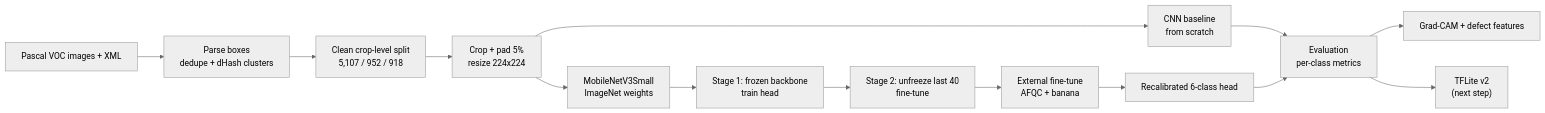
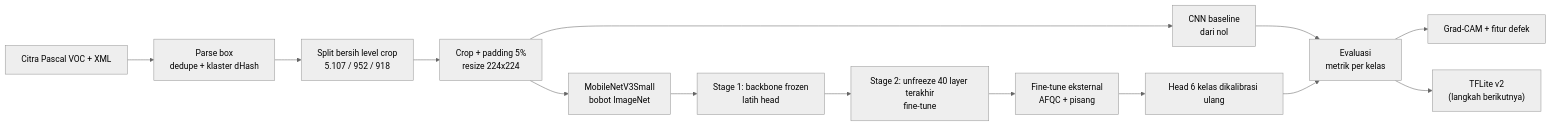
One commit to anandra00/FreshSight changed the diagram in README.md. Above: the diagram before and after it, drawn with Mermaid (neutral theme). The commit also changed other lines of this file, not shown here.

Commit message:
docs: translate README to Indonesian and clarify CNN v2 status

````diff
--- a/README.md
+++ b/README.md
@@ -106,16 +108,16 @@
 ```mermaid
 flowchart LR
-    A["Pascal VOC images + XML"] --> B["Parse boxes<br/>dedupe + dHash clusters"]
-    B --> C["Clean crop-level split<br/>5,107 / 952 / 918"]
-    C --> D["Crop + pad 5%<br/>resize 224x224"]
-    D --> E["CNN baseline<br/>from scratch"]
-    D --> F["MobileNetV3Small<br/>ImageNet weights"]
-    F --> G["Stage 1: frozen backbone<br/>train head"]
-    G --> H["Stage 2: unfreeze last 40<br/>fine-tune"]
-    H --> I["External fine-tune<br/>AFQC + banana"]
-    I --> J["Recalibrated 6-class head"]
-    E --> K["Evaluation<br/>per-class metrics"]
+    A["Citra Pascal VOC + XML"] --> B["Parse box<br/>dedupe + klaster dHash"]
+    B --> C["Split bersih level crop<br/>5.107 / 952 / 918"]
+    C --> D["Crop + padding 5%<br/>resize 224x224"]
+    D --> E["CNN baseline<br/>dari nol"]
+    D --> F["MobileNetV3Small<br/>bobot ImageNet"]
+    F --> G["Stage 1: backbone frozen<br/>latih head"]
+    G --> H["Stage 2: unfreeze 40 layer terakhir<br/>fine-tune"]
+    H --> I["Fine-tune eksternal<br/>AFQC + pisang"]
+    I --> J["Head 6 kelas dikalibrasi ulang"]
+    E --> K["Evaluasi<br/>metrik per kelas"]
     J --> K
-    K --> L["Grad-CAM + defect features"]
-    K --> M["TFLite v2<br/>(next step)"]
+    K --> L["Grad-CAM + fitur defek"]
+    K --> M["TFLite v2<br/>(langkah berikutnya)"]
 ```
````
